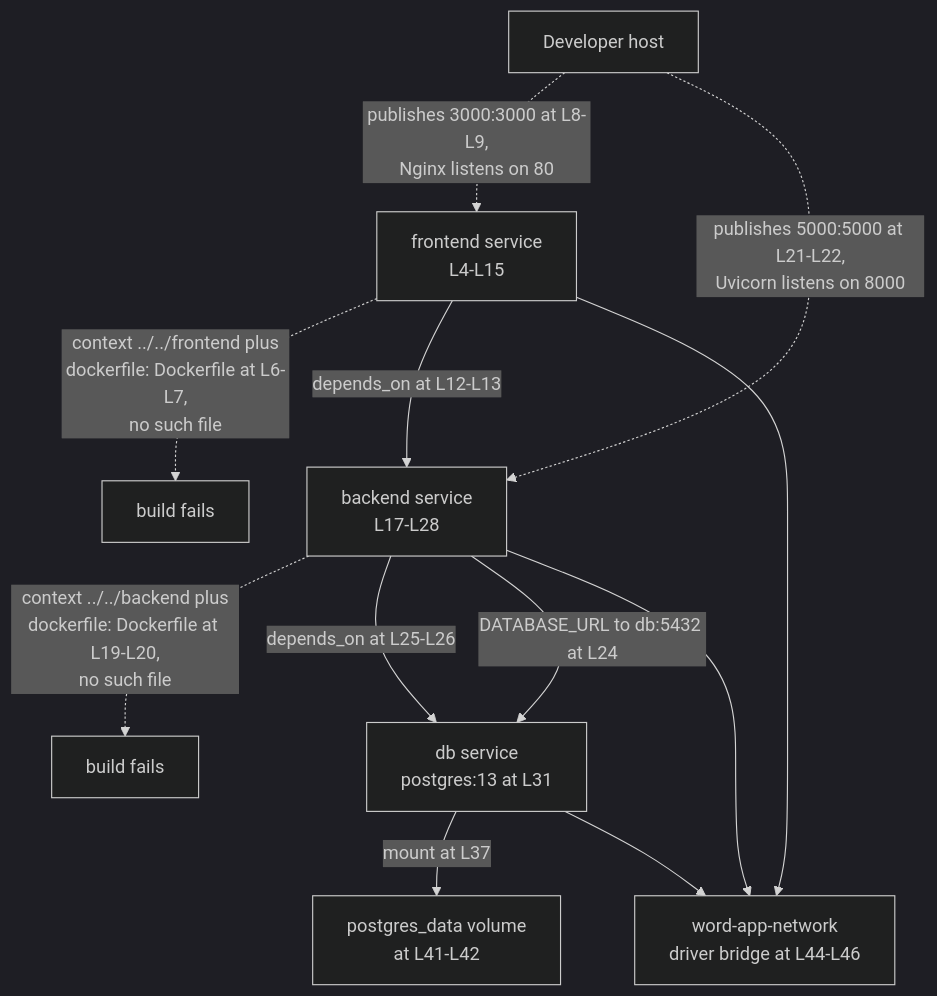
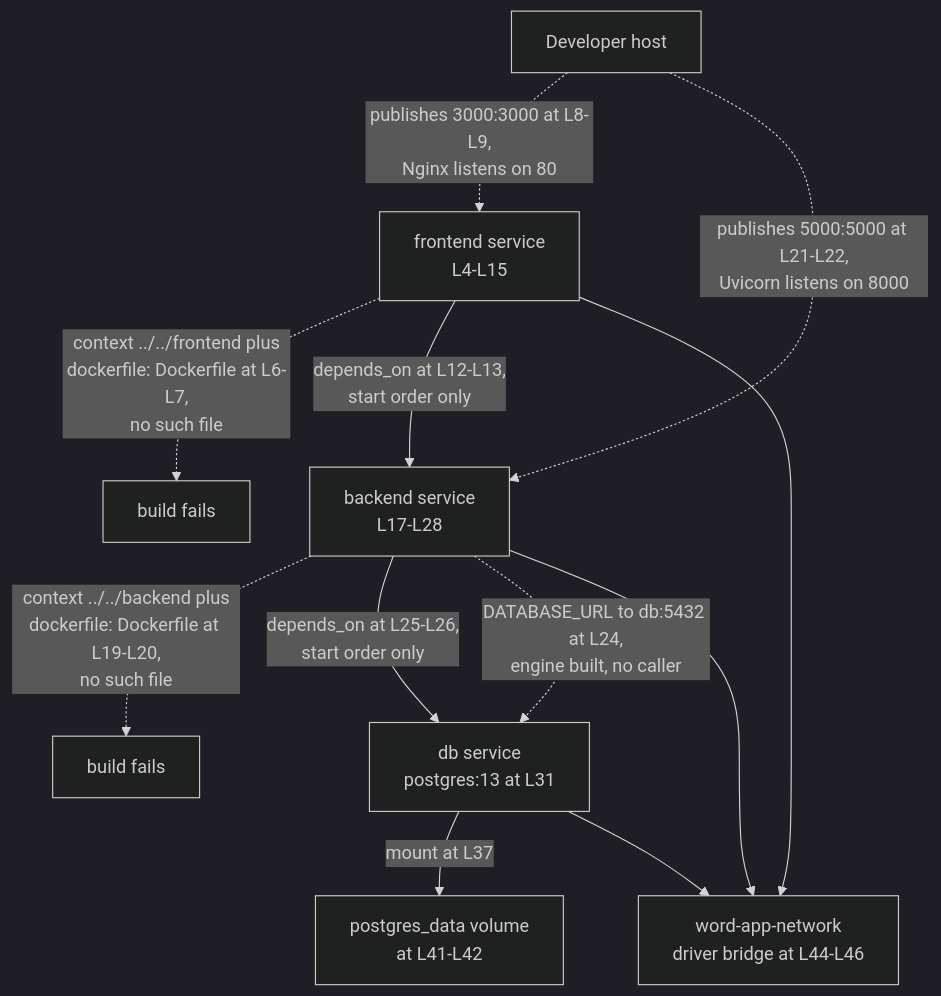
One commit to blitzy-public-samples/microsoft-word-u33ko0 changed the diagram in infrastructure/docker/README.md. Above: the diagram before and after it, drawn with Mermaid (dark theme). The commit also changed other lines of this file and 53 other files, not shown here.

````diff
--- a/infrastructure/docker/README.md
+++ b/infrastructure/docker/README.md
@@ -101,23 +164,21 @@
 ```mermaid
 graph TD
     HOST["Developer host"]
-
     FE["frontend service<br/>L4-L15"]
     BE["backend service<br/>L17-L28"]
     DB["db service<br/>postgres:13 at L31"]
 
     HOST -.->|"publishes 3000:3000 at L8-L9,<br/>Nginx listens on 80"| FE
     HOST -.->|"publishes 5000:5000 at L21-L22,<br/>Uvicorn listens on 8000"| BE
-
     FE -.->|"context ../../frontend plus<br/>dockerfile: Dockerfile at L6-L7,<br/>no such file"| FEX["build fails"]
     BE -.->|"context ../../backend plus<br/>dockerfile: Dockerfile at L19-L20,<br/>no such file"| BEX["build fails"]
 
-    FE -->|"depends_on at L12-L13"| BE
-    BE -->|"depends_on at L25-L26"| DB
-    BE -->|"DATABASE_URL to db:5432 at L24"| DB
+    FE -->|"depends_on at L12-L13,<br/>start order only"| BE
+    BE -->|"depends_on at L25-L26,<br/>start order only"| DB
+    BE -.->|"DATABASE_URL to db:5432 at L24,<br/>engine built, no caller"| DB
     DB -->|"mount at L37"| VOL["postgres_data volume<br/>at L41-L42"]
 
     FE --> NET["word-app-network<br/>driver bridge at L44-L46"]
     BE --> NET
     DB --> NET
 ```
````
